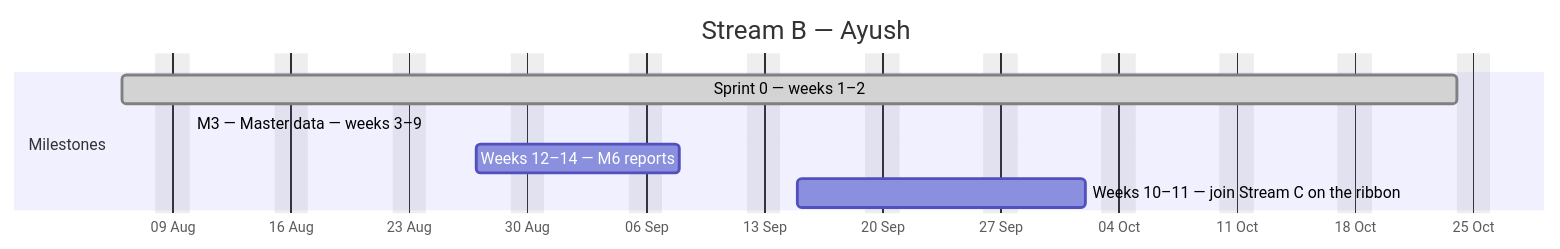
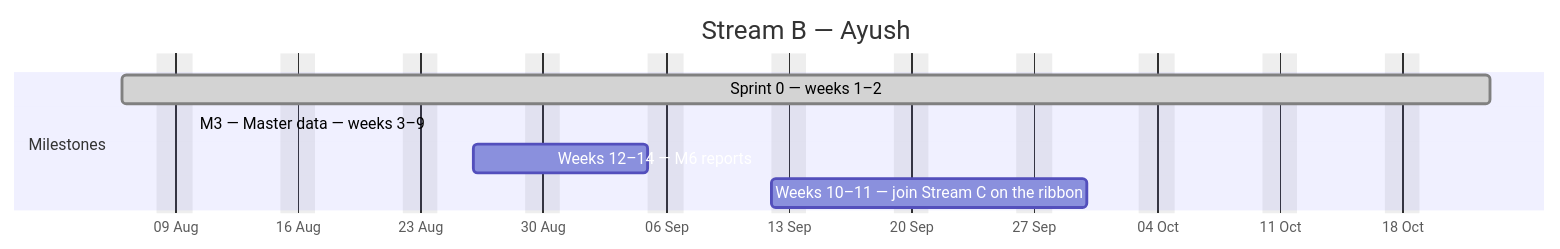
The second of 4 diagrams in docs/plan/GANTT.md (debashisedunext/EduTrack), drawn with Mermaid before and after one commit. The commit also changed other lines of this file and 3 other files, not shown here.

````diff
--- a/docs/plan/GANTT.md
+++ b/docs/plan/GANTT.md
@@ -124,12 +124,12 @@
 ```mermaid
 gantt
     dateFormat YYYY-MM-DD
     axisFormat %d %b
     title Stream B — Ayush
     excludes weekends
     section Milestones
-    Sprint 0 — weeks 1–2 :done, b0, 2026-08-06, 57d
+    Sprint 0 — weeks 1–2 :done, b0, 2026-08-06, 56d
     M3 — Master data — weeks 3–9 :active, b1, 2026-08-10, -20d
-    Weeks 12–14 — M6 reports :b2, 2026-08-27, 8d
-    Weeks 10–11 — join Stream C on the ribbon :b3, 2026-09-15, 13d
+    Weeks 12–14 — M6 reports :b2, 2026-08-26, 8d
+    Weeks 10–11 — join Stream C on the ribbon :b3, 2026-09-12, 13d
 ```
````
